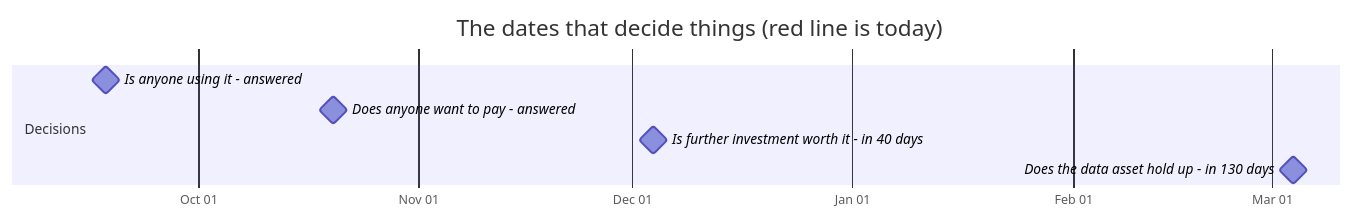
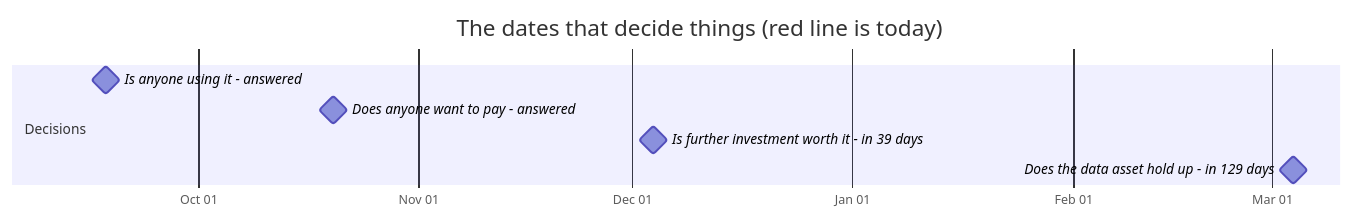
One commit to jakegu1/vetagent changed the first of 2 diagrams in docs/OWNER.md. Above: the diagram before and after it, drawn with Mermaid. The commit also changed other lines of this file and 1 other file, not shown here.

````diff
--- a/docs/OWNER.md
+++ b/docs/OWNER.md
@@ -67,12 +67,12 @@
 ```mermaid
 gantt
     dateFormat YYYY-MM-DD
     axisFormat %b %d
     todayMarker stroke-width:3px,stroke:#d33,stroke-dasharray:0
     title The dates that decide things (red line is today)
     section Decisions
     Is anyone using it - answered :milestone, 2026-09-18, 0d
     Does anyone want to pay - answered :milestone, 2026-10-20, 0d
-    Is further investment worth it - in 40 days :milestone, 2026-12-04, 0d
-    Does the data asset hold up - in 130 days :milestone, 2027-03-04, 0d
+    Is further investment worth it - in 39 days :milestone, 2026-12-04, 0d
+    Does the data asset hold up - in 129 days :milestone, 2027-03-04, 0d
 ```
````
